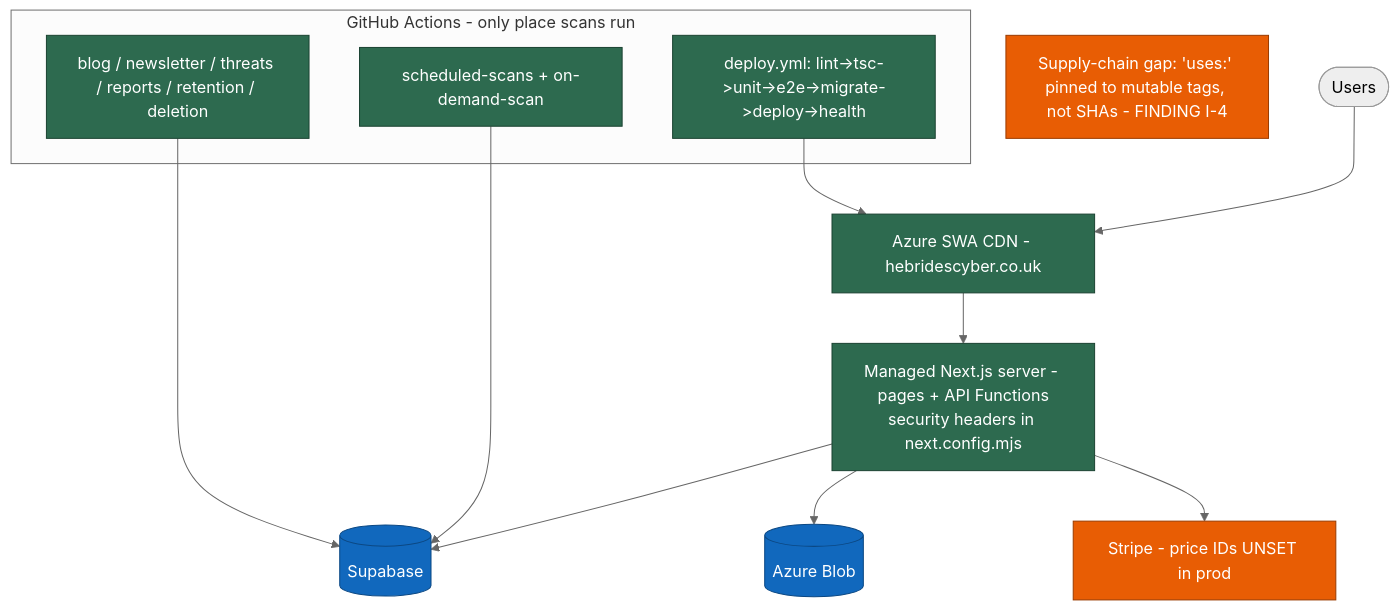
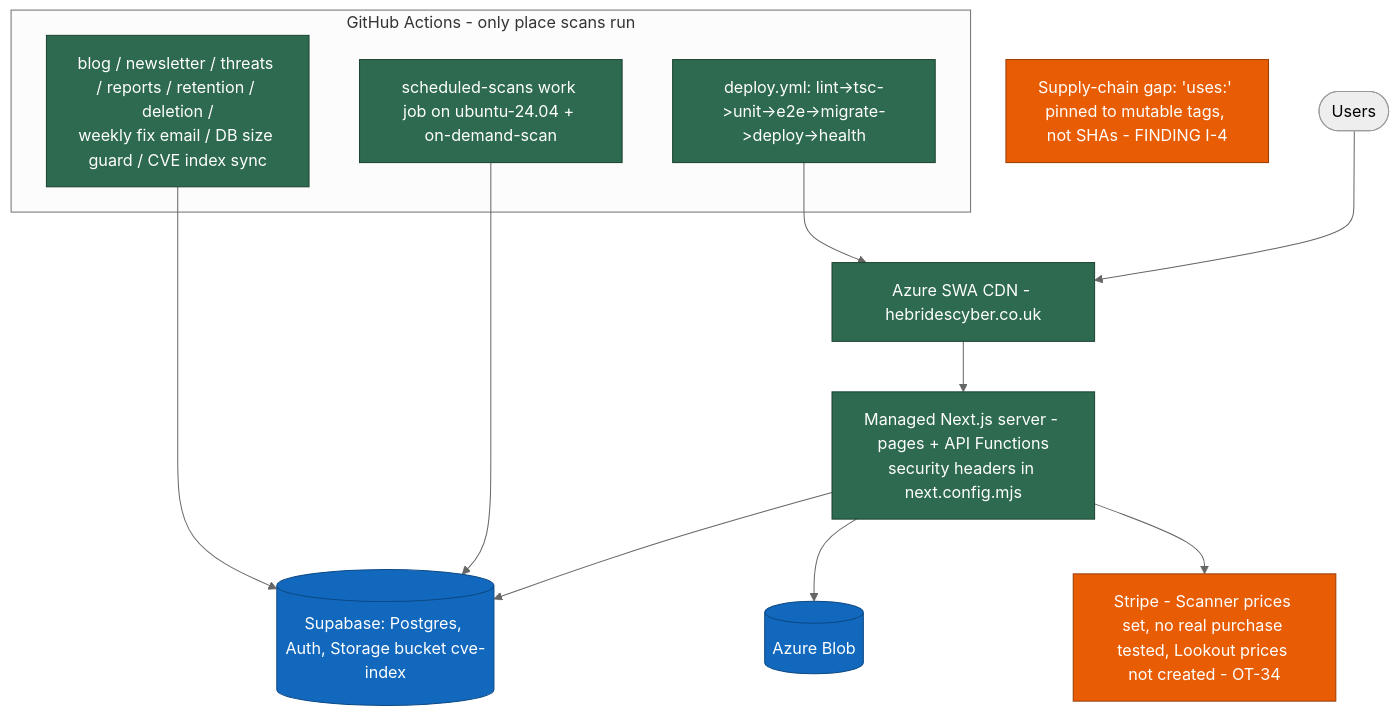
The seventh of 7 diagrams in hebridescyber-app/docs/architecture.md (andrew-barvas/hebrides-cyber), drawn with Mermaid (neutral theme) before and after one commit. The commit also changed other lines of this file and 17 other files, not shown here.

````diff
--- a/hebridescyber-app/docs/architecture.md
+++ b/hebridescyber-app/docs/architecture.md
@@ -284,20 +412,20 @@
 ```mermaid
 flowchart TB
     classDef live fill:#2d6a4f,stroke:#1b4332,color:#fff
     classDef ext fill:#1168bd,stroke:#0b4884,color:#fff
     classDef warn fill:#e85d04,stroke:#9a3b00,color:#fff
     USER([Users]) --> CDN[Azure SWA CDN - hebridescyber.co.uk]:::live
     CDN --> NEXT[Managed Next.js server - pages + API Functions<br/>security headers in next.config.mjs]:::live
-    NEXT --> SUPA[(Supabase)]:::ext
+    NEXT --> SUPA[(Supabase: Postgres, Auth, Storage bucket cve-index)]:::ext
     NEXT --> BLOB[(Azure Blob)]:::ext
-    NEXT --> STRIPE[Stripe - price IDs UNSET in prod]:::warn
+    NEXT --> STRIPE[Stripe - Scanner prices set, no real purchase tested, Lookout prices not created - OT-34]:::warn
     subgraph GHA[GitHub Actions - only place scans run]
         DEPLOY[deploy.yml: lint->tsc->unit->e2e->migrate->deploy->health]:::live
-        SCANWF[scheduled-scans + on-demand-scan]:::live
-        CONTENT[blog / newsletter / threats / reports / retention / deletion]:::live
+        SCANWF[scheduled-scans work job on ubuntu-24.04 + on-demand-scan]:::live
+        CONTENT[blog / newsletter / threats / reports / retention / deletion /<br/>weekly fix email / DB size guard / CVE index sync]:::live
     end
     DEPLOY --> CDN
     SCANWF --> SUPA
     CONTENT --> SUPA
     SUPPLY[Supply-chain gap: 'uses:' pinned to mutable tags, not SHAs - FINDING I-4]:::warn
 ```
````
